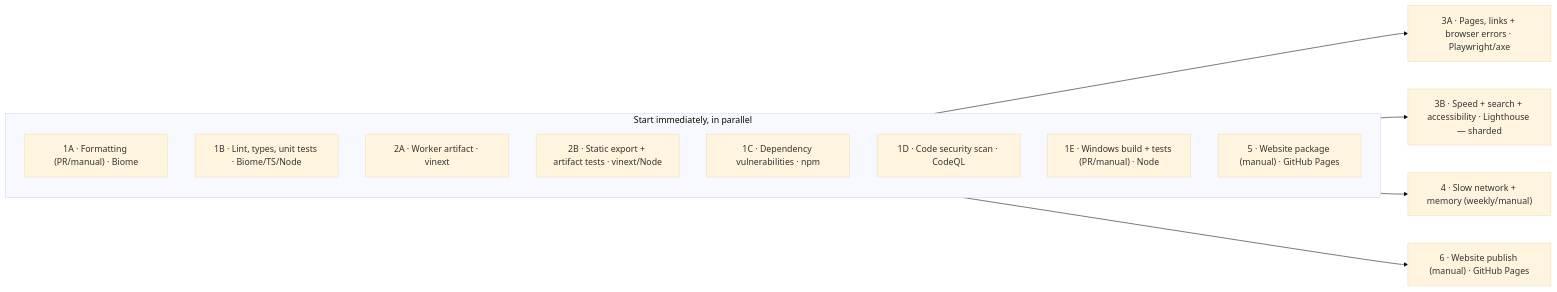
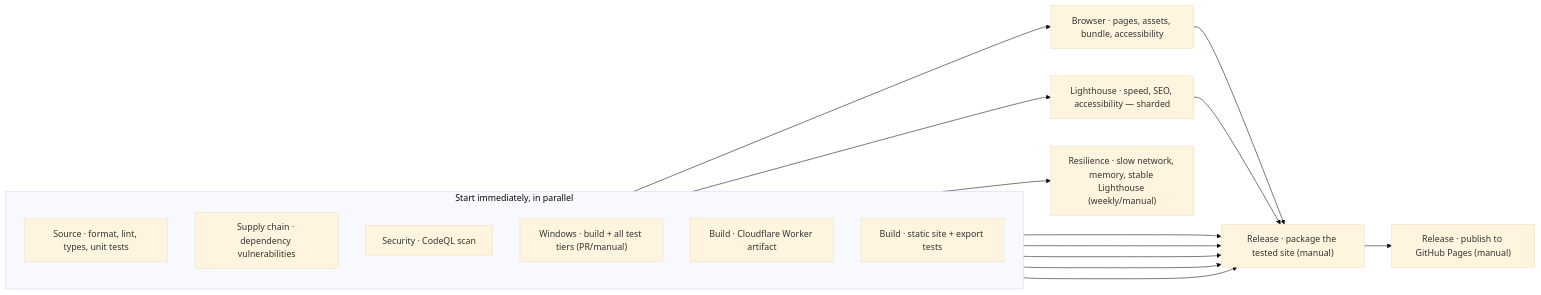
One commit to cconway1-stevens/ohat-website changed the fourth of 4 diagrams in README.md. Above: the diagram before and after it, drawn with Mermaid (base theme). The commit also changed other lines of this file and 3 other files, not shown here.

````diff
--- a/README.md
+++ b/README.md
@@ -185,22 +185,28 @@
 ```mermaid
 flowchart LR
   subgraph gate["Start immediately, in parallel"]
     direction TB
-    formatting["1A · Formatting (PR/manual) · Biome"]
-    static_analysis["1B · Lint, types, unit tests · Biome/TS/Node"]
-    build_worker["2A · Worker artifact · vinext"]
-    test_build["2B · Static export + artifact tests · vinext/Node"]
-    dependency_security["1C · Dependency vulnerabilities · npm"]
-    codeql["1D · Code security scan · CodeQL"]
-    windows["1E · Windows build + tests (PR/manual) · Node"]
-    package_pages["5 · Website package (manual) · GitHub Pages"]
+    source["Source · format, lint, types, unit tests"]
+    dependencies["Supply chain · dependency vulnerabilities"]
+    code_scan["Security · CodeQL scan"]
+    windows["Windows · build + all test tiers (PR/manual)"]
+    build_worker["Build · Cloudflare Worker artifact"]
+    build_site["Build · static site + export tests"]
   end
-  browser_functional["3A · Pages, links + browser errors · Playwright/axe"]
-  lighthouse["3B · Speed + search + accessibility · Lighthouse — sharded"]
-  resilience["4 · Slow network + memory (weekly/manual)"]
-  deploy["6 · Website publish (manual) · GitHub Pages"]
-  test_build --> browser_functional
-  test_build --> lighthouse
-  test_build --> resilience
-  package_pages --> deploy
+  browser["Browser · pages, assets, bundle, accessibility"]
+  lighthouse["Lighthouse · speed, SEO, accessibility — sharded"]
+  resilience["Resilience · slow network, memory, stable Lighthouse (weekly/manual)"]
+  pages_package["Release · package the tested site (manual)"]
+  pages_publish["Release · publish to GitHub Pages (manual)"]
+  build_site --> browser
+  build_site --> lighthouse
+  build_site --> resilience
+  source --> pages_package
+  build_worker --> pages_package
+  build_site --> pages_package
+  browser --> pages_package
+  lighthouse --> pages_package
+  dependencies --> pages_package
+  code_scan --> pages_package
+  pages_package --> pages_publish
 ```
````
